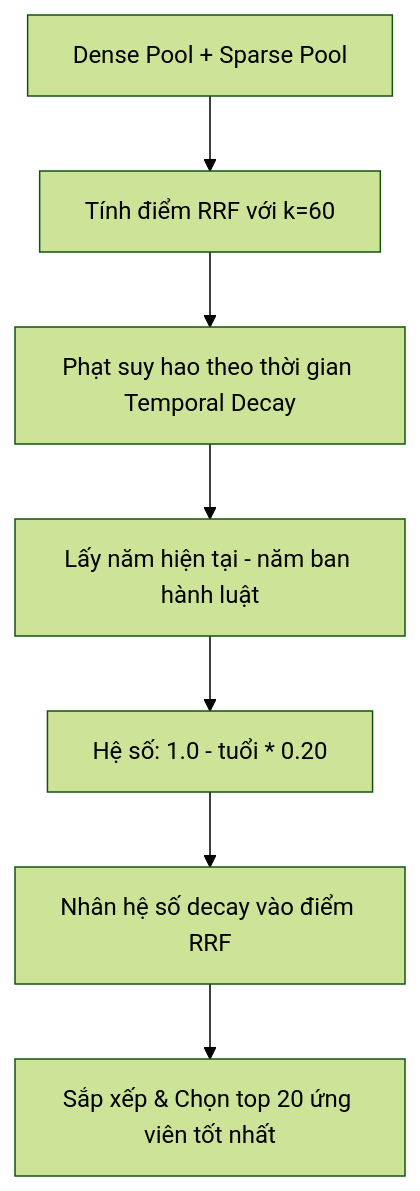
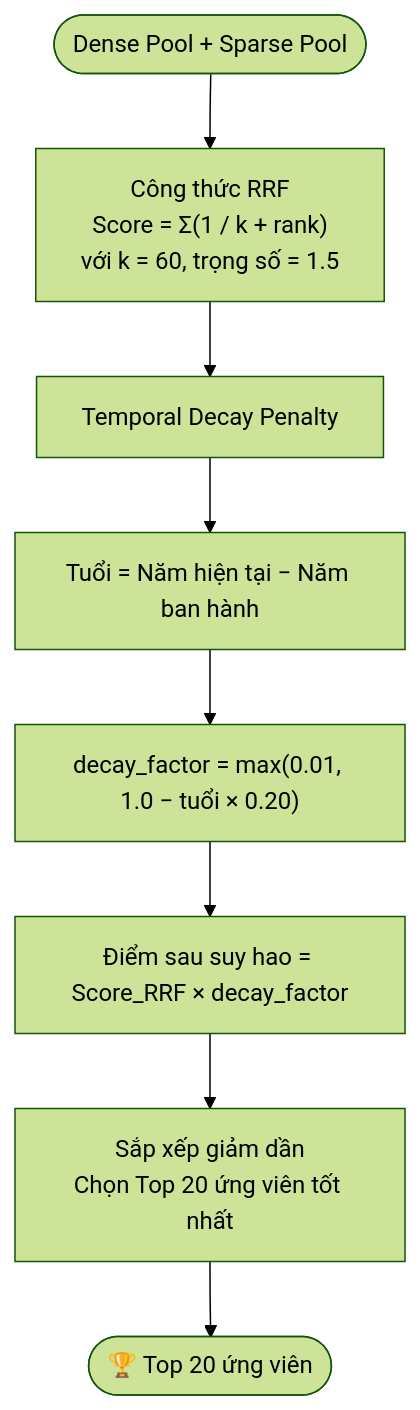
The fourth of 8 diagrams in README.md (nguyenho17/KHOALUAN), drawn with Mermaid (forest theme) before and after one commit. The commit also changed other lines of this file, not shown here.

````diff
--- a/README.md
+++ b/README.md
@@ -102,9 +198,10 @@
 ```mermaid
 graph TD
-    A[Dense Pool + Sparse Pool] --> B[Tính điểm RRF với k=60]
-    B --> C[Phạt suy hao theo thời gian Temporal Decay]
-    C --> D[Lấy năm hiện tại - năm ban hành luật]
-    D --> E[Hệ số: 1.0 - tuổi * 0.20]
-    E --> F[Nhân hệ số decay vào điểm RRF]
-    F --> G[Sắp xếp & Chọn top 20 ứng viên tốt nhất]
+    A([Dense Pool + Sparse Pool]) --> B["Công thức RRF\nScore = Σ(1 / k + rank)\nvới k = 60, trọng số = 1.5"]
+    B --> C[Temporal Decay Penalty]
+    C --> D["Tuổi = Năm hiện tại − Năm ban hành"]
+    D --> E["decay_factor = max(0.01, 1.0 − tuổi × 0.20)"]
+    E --> F["Điểm sau suy hao = Score_RRF × decay_factor"]
+    F --> G["Sắp xếp giảm dần\nChọn Top 20 ứng viên tốt nhất"]
+    G --> H([🏆 Top 20 ứng viên])
 ```
````
